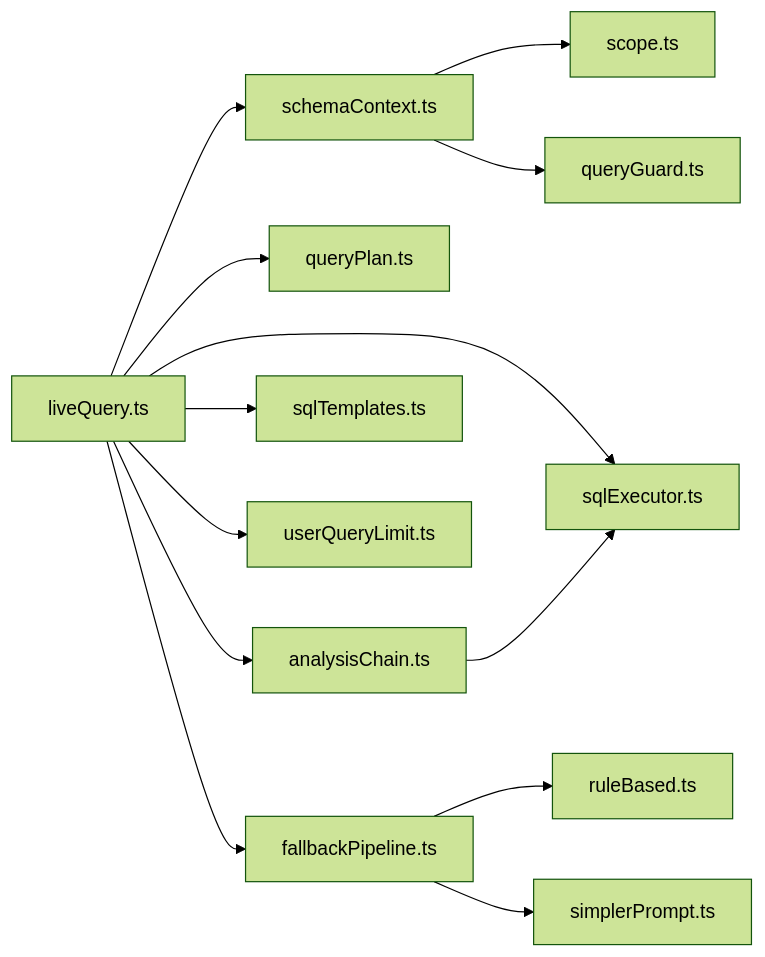
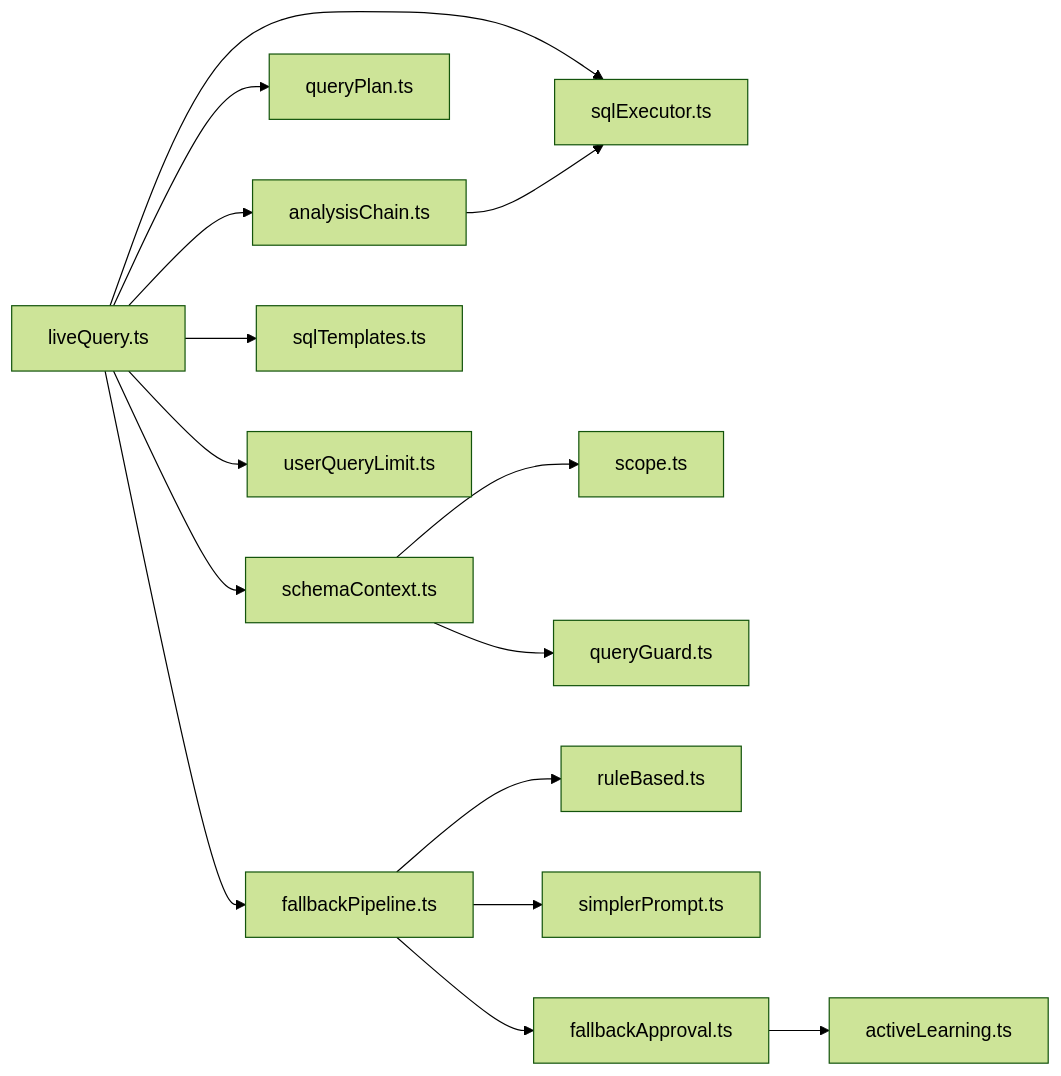
The tenth of 12 diagrams in .qoder/repowiki/zh/content/系统架构/核心组件详解/查询处理引擎/查询处理引擎.md (dgjin/smart-data-analytics), drawn with Mermaid (forest theme) before and after one commit. The commit also changed other lines of this file and 66 other files, not shown here.

````diff
--- a/.qoder/repowiki/zh/content/系统架构/核心组件详解/查询处理引擎/查询处理引擎.md
+++ b/.qoder/repowiki/zh/content/系统架构/核心组件详解/查询处理引擎/查询处理引擎.md
@@ -396,15 +453,17 @@
 ```mermaid
 graph LR
 LQ["liveQuery.ts"] --> SC["schemaContext.ts"]
 LQ --> PL["queryPlan.ts"]
 LQ --> CH["analysisChain.ts"]
 LQ --> SE["sqlExecutor.ts"]
 LQ --> ST["sqlTemplates.ts"]
 LQ --> UL["userQueryLimit.ts"]
 LQ --> FB["fallbackPipeline.ts"]
 CH --> SE
 SC --> SCOPE["scope.ts"]
 SC --> GUARD["queryGuard.ts"]
 FB --> RB["ruleBased.ts"]
 FB --> SP["simplerPrompt.ts"]
+FB --> FA["fallbackApproval.ts"]
+FA --> AL["activeLearning.ts"]
 ```
````
